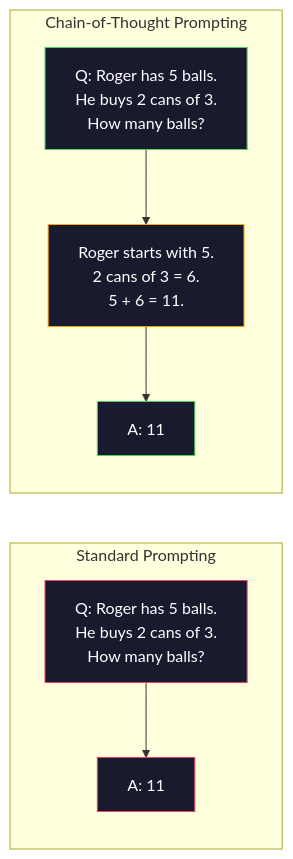
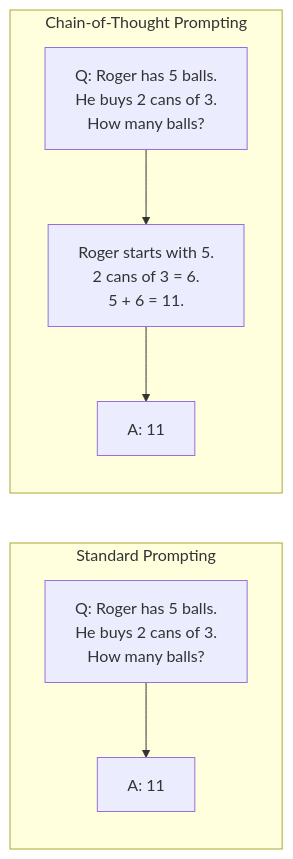
One commit to rohitg00/ai-engineering-from-scratch changed the second of 3 diagrams in phases/11-llm-engineering/02-few-shot-cot/docs/en.md. Above: the diagram before and after it, drawn with Mermaid. The commit also changed other lines of this file and 1935 other files, not shown here.

````diff
--- a/phases/11-llm-engineering/02-few-shot-cot/docs/en.md
+++ b/phases/11-llm-engineering/02-few-shot-cot/docs/en.md
@@ -69,16 +68,15 @@
 ```mermaid
 graph LR
     subgraph Standard["Standard Prompting"]
-        Q1["Q: Roger has 5 balls.\nHe buys 2 cans of 3.\nHow many balls?"] --> A1["A: 11"]
+        Q1["Q: Roger has 5 balls.
+He buys 2 cans of 3.
+How many balls?"] --> A1["A: 11"]
     end
-
     subgraph CoT["Chain-of-Thought Prompting"]
-        Q2["Q: Roger has 5 balls.\nHe buys 2 cans of 3.\nHow many balls?"] --> R2["Roger starts with 5.\n2 cans of 3 = 6.\n5 + 6 = 11."] --> A2["A: 11"]
+        Q2["Q: Roger has 5 balls.
+He buys 2 cans of 3.
+How many balls?"] --> R2["Roger starts with 5.
+2 cans of 3 = 6.
+5 + 6 = 11."] --> A2["A: 11"]
     end
-
-    style Q1 fill:#1a1a2e,stroke:#e94560,color:#fff
-    style A1 fill:#1a1a2e,stroke:#e94560,color:#fff
-    style Q2 fill:#1a1a2e,stroke:#51cf66,color:#fff
-    style R2 fill:#1a1a2e,stroke:#ffa500,color:#fff
-    style A2 fill:#1a1a2e,stroke:#51cf66,color:#fff
 ```
````
